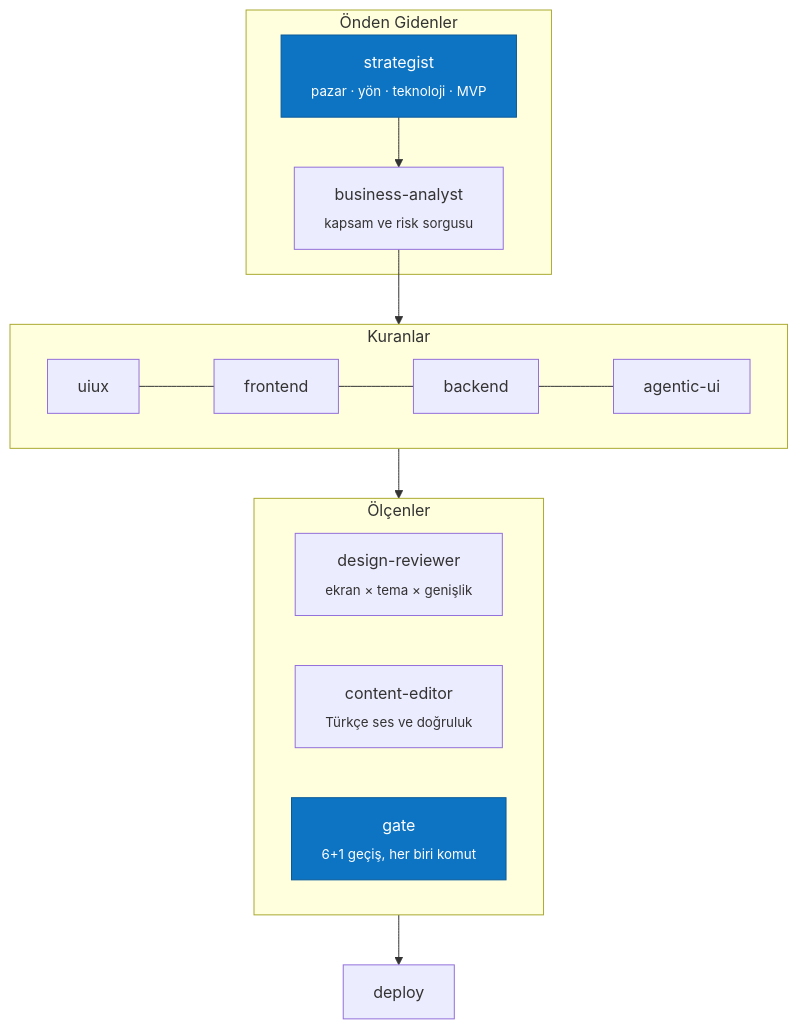
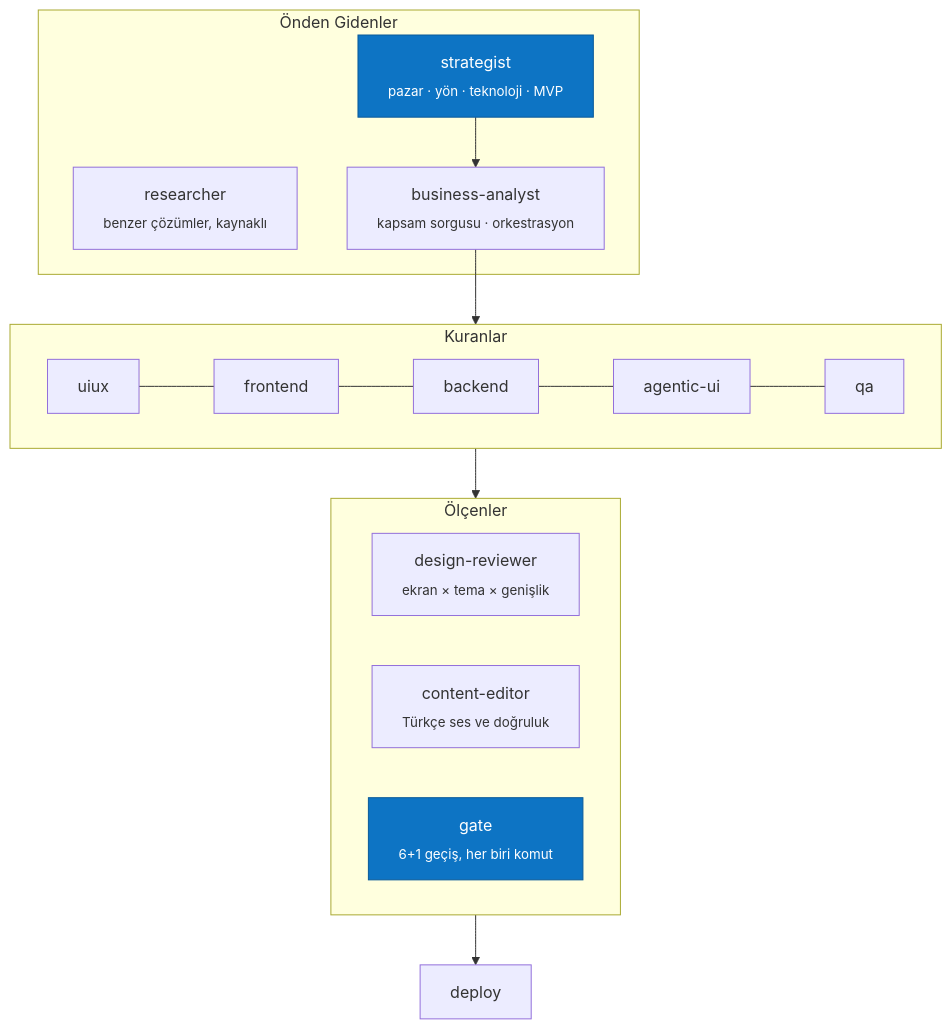
One commit to ahmetakyapi/dev-starter changed the second of 2 diagrams in README.md. Above: the diagram before and after it, drawn with Mermaid. The commit also changed other lines of this file and 16 other files, not shown here.

````diff
--- a/README.md
+++ b/README.md
@@ -208,20 +208,21 @@
 ```mermaid
 flowchart TB
     subgraph Önden["Önden Gidenler"]
         ST["strategist<br/><sub>pazar · yön · teknoloji · MVP</sub>"]
-        BA["business-analyst<br/><sub>kapsam ve risk sorgusu</sub>"]
+        RS["researcher<br/><sub>benzer çözümler, kaynaklı</sub>"]
+        BA["business-analyst<br/><sub>kapsam sorgusu · orkestrasyon</sub>"]
     end
     subgraph Kuranlar["Kuranlar"]
-        UX["uiux"] --- FE["frontend"] --- BE["backend"] --- AG["agentic-ui"]
+        UX["uiux"] --- FE["frontend"] --- BE["backend"] --- AG["agentic-ui"] --- QA["qa"]
     end
     subgraph Ölçenler["Ölçenler"]
         DR["design-reviewer<br/><sub>ekran × tema × genişlik</sub>"]
         CE["content-editor<br/><sub>Türkçe ses ve doğruluk</sub>"]
         GT["gate<br/><sub>6+1 geçiş, her biri komut</sub>"]
     end
     DP["deploy"]
     ST --> BA --> Kuranlar --> Ölçenler --> DP
 
     classDef lead fill:#0d74c4,stroke:#0a5a9a,color:#fff
     class ST,GT lead
 ```
````
